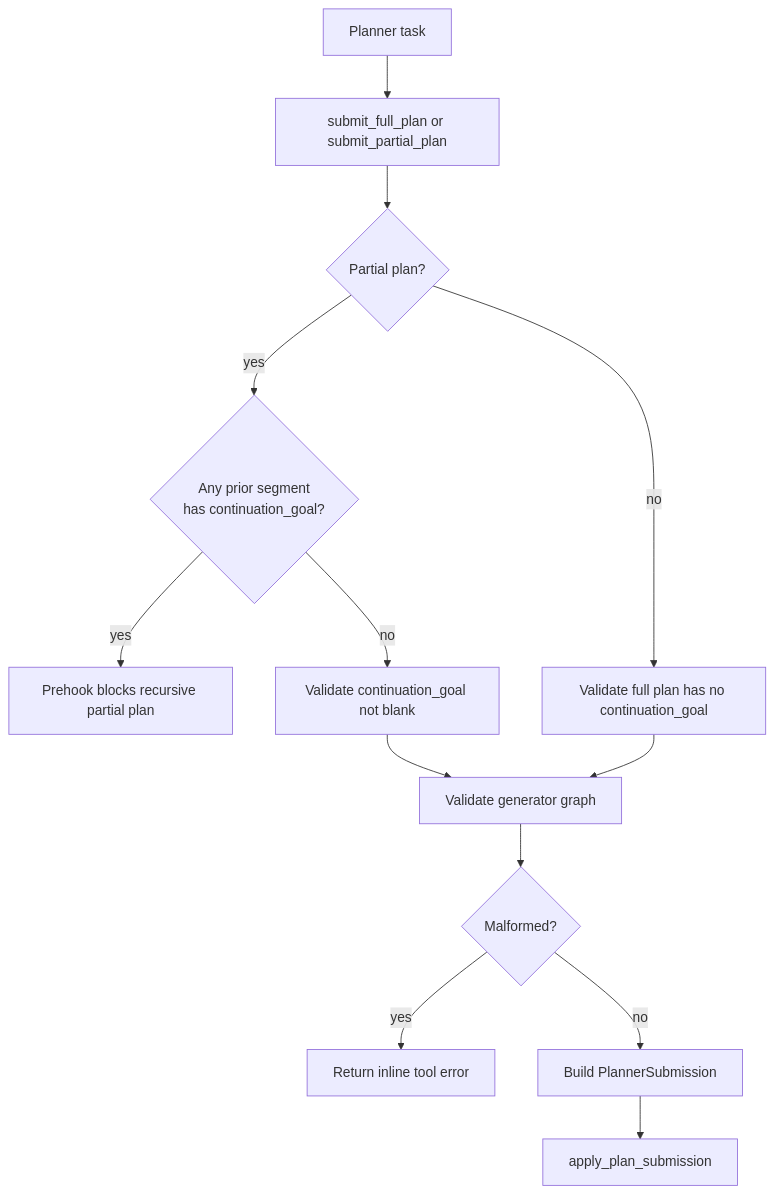
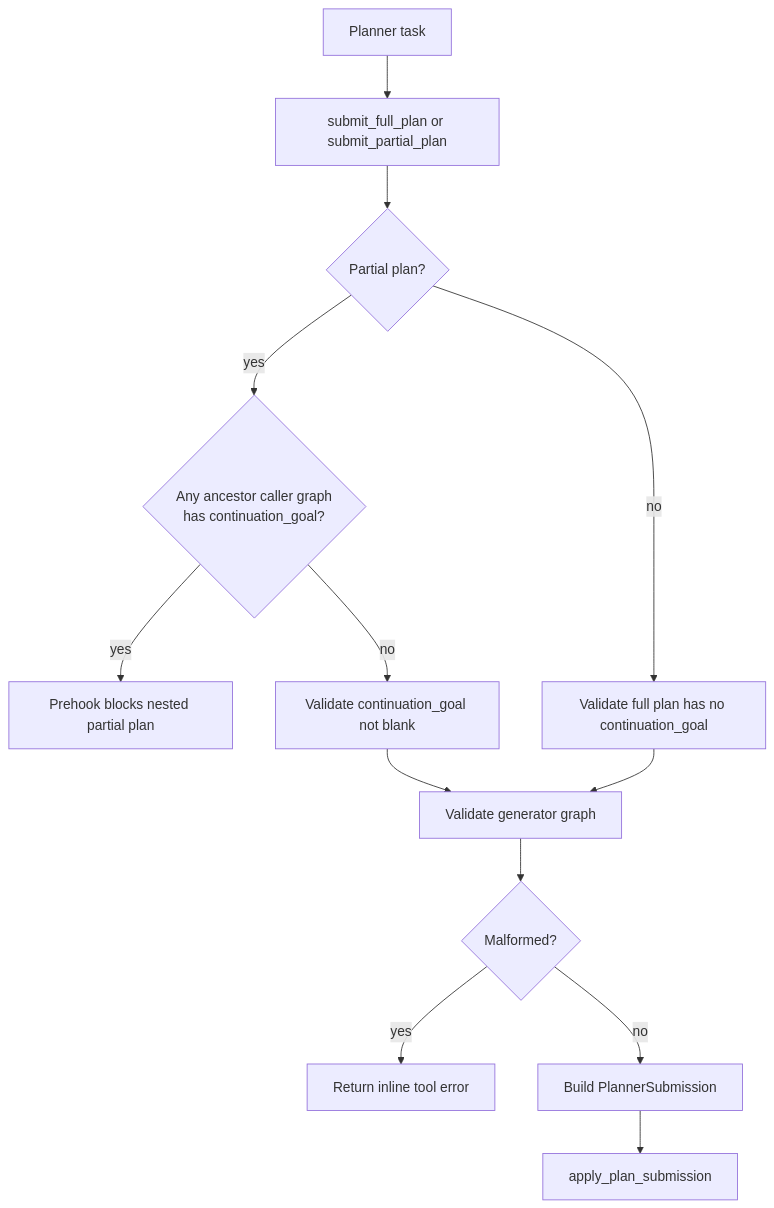
The second of 5 diagrams in docs/architecture/task-center-harness-migration/phase-03-implementation-plan.md (Ephemeral-AI-Lab/ephemeral-os), drawn with Mermaid before and after one commit. The commit also changed other lines of this file and 7 other files, not shown here.

Commit message:
Update partial-plan ancestor gating docs

````diff
--- a/docs/architecture/task-center-harness-migration/phase-03-implementation-plan.md
+++ b/docs/architecture/task-center-harness-migration/phase-03-implementation-plan.md
@@ -139,15 +139,15 @@
 ```mermaid
 flowchart TD
     Planner["Planner task"] --> PlanTool["submit_full_plan or submit_partial_plan"]
     PlanTool --> PartialGate{"Partial plan?"}
-    PartialGate -->|"yes"| PriorPartial{"Any prior segment<br/>has continuation_goal?"}
-    PriorPartial -->|"yes"| BlockPartial["Prehook blocks recursive partial plan"]
-    PriorPartial -->|"no"| ValidatePartial["Validate continuation_goal not blank"]
+    PartialGate -->|"yes"| AncestorPartial{"Any ancestor caller graph<br/>has continuation_goal?"}
+    AncestorPartial -->|"yes"| BlockPartial["Prehook blocks nested partial plan"]
+    AncestorPartial -->|"no"| ValidatePartial["Validate continuation_goal not blank"]
     PartialGate -->|"no"| ValidateFull["Validate full plan has no continuation_goal"]
     ValidateFull --> ValidateGraph["Validate generator graph"]
     ValidatePartial --> ValidateGraph
     ValidateGraph --> Bad{"Malformed?"}
     Bad -->|"yes"| Error["Return inline tool error"]
     Bad -->|"no"| Normalize["Build PlannerSubmission"]
     Normalize --> Apply["apply_plan_submission"]
 ```
````
